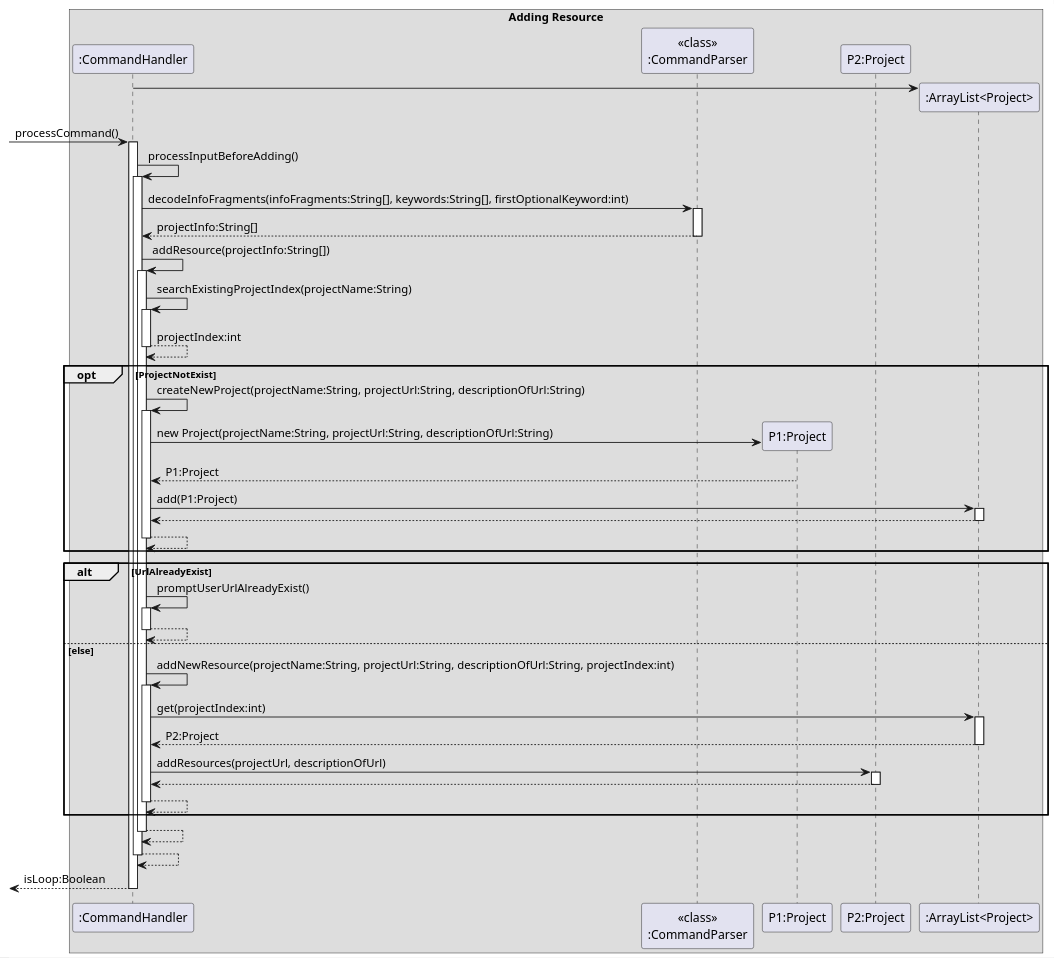
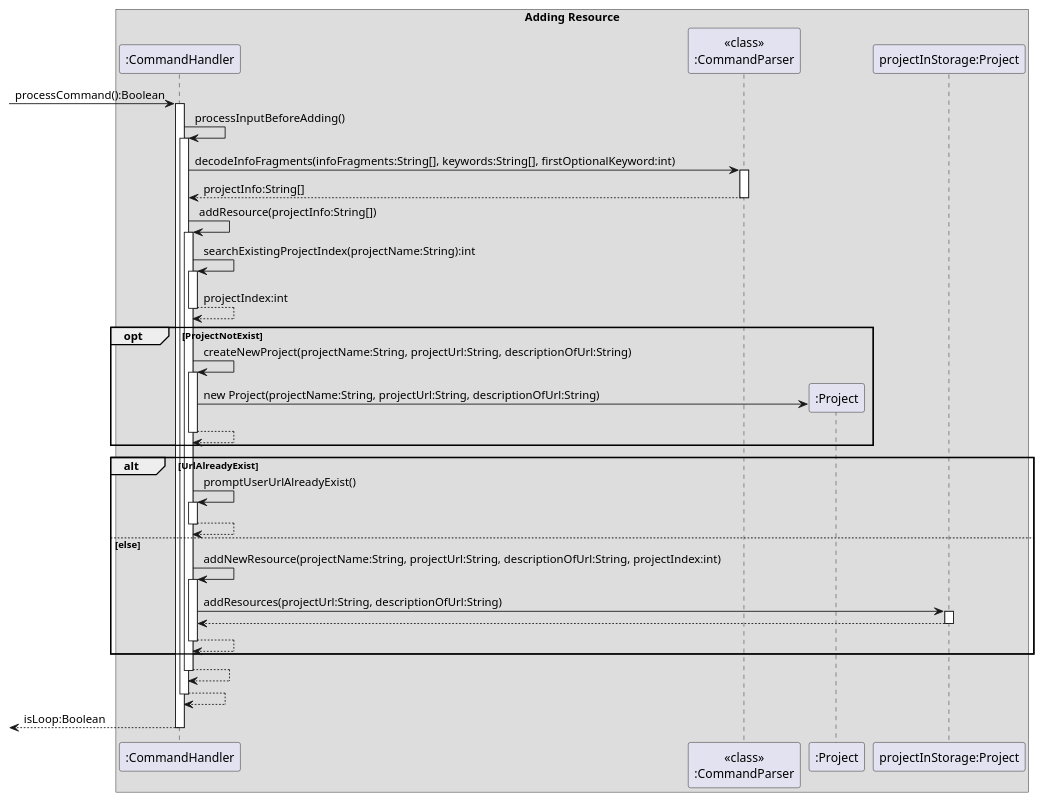
One commit to s-t-e-f/tp changed the diagram in docs/PlantUML/Add.puml. Above: the diagram before and after it, drawn with PlantUML. The commit also changed 2 other files, not shown here.

Commit message:
[Sam] Sequence Diagram update

```diff
--- a/docs/PlantUML/Add.puml
+++ b/docs/PlantUML/Add.puml
@@ -1,61 +1,51 @@
 @startuml
 
 box Adding Resource
 participant ":CommandHandler" as CH
 participant "<<class>>\n:CommandParser" as CP
-participant "P1:Project" as P1
-participant "P2:Project" as P2
-participant ":ArrayList<Project>" as PA
+participant ":Project" as P1
+participant "projectInStorage:Project" as P2
 
-create PA
-CH -> PA
-[-> CH: processCommand()
+[-> CH: processCommand():Boolean
 activate CH
 
 CH -> CH: processInputBeforeAdding()
 activate CH
 
 CH -> CP: decodeInfoFragments(infoFragments:String[], keywords:String[], firstOptionalKeyword:int)
 activate CP
 return projectInfo:String[]
 
 CH -> CH: addResource(projectInfo:String[])
 activate CH
 
-CH -> CH: searchExistingProjectIndex(projectName:String)
+CH -> CH: searchExistingProjectIndex(projectName:String):int
 activate CH
 return projectIndex:int
 
 opt ProjectNotExist
     CH -> CH: createNewProject(projectName:String, projectUrl:String, descriptionOfUrl:String)
     activate CH
     create P1
-    CH -> P1: new Project(projectName:String, projectUrl:String, descriptionOfUrl:String)
-    CH <-- P1: P1:Project
-    CH -> PA: add(P1:Project)
-    activate PA
-    return
+    CH -> P1:new Project(projectName:String, projectUrl:String, descriptionOfUrl:String)
     return
 end
 
 alt UrlAlreadyExist
     CH -> CH: promptUserUrlAlreadyExist()
     activate CH
     return
 else else
     CH -> CH: addNewResource(projectName:String, projectUrl:String, descriptionOfUrl:String, projectIndex:int)
     activate CH
-    CH -> PA: get(projectIndex:int)
-    activate PA
-    return P2:Project
-    CH -> P2: addResources(projectUrl, descriptionOfUrl)
+    CH -> P2: addResources(projectUrl:String, descriptionOfUrl:String)
     activate P2
     return
     return
 end
 
 return
 return
 return isLoop:Boolean
 
 @enduml
```
